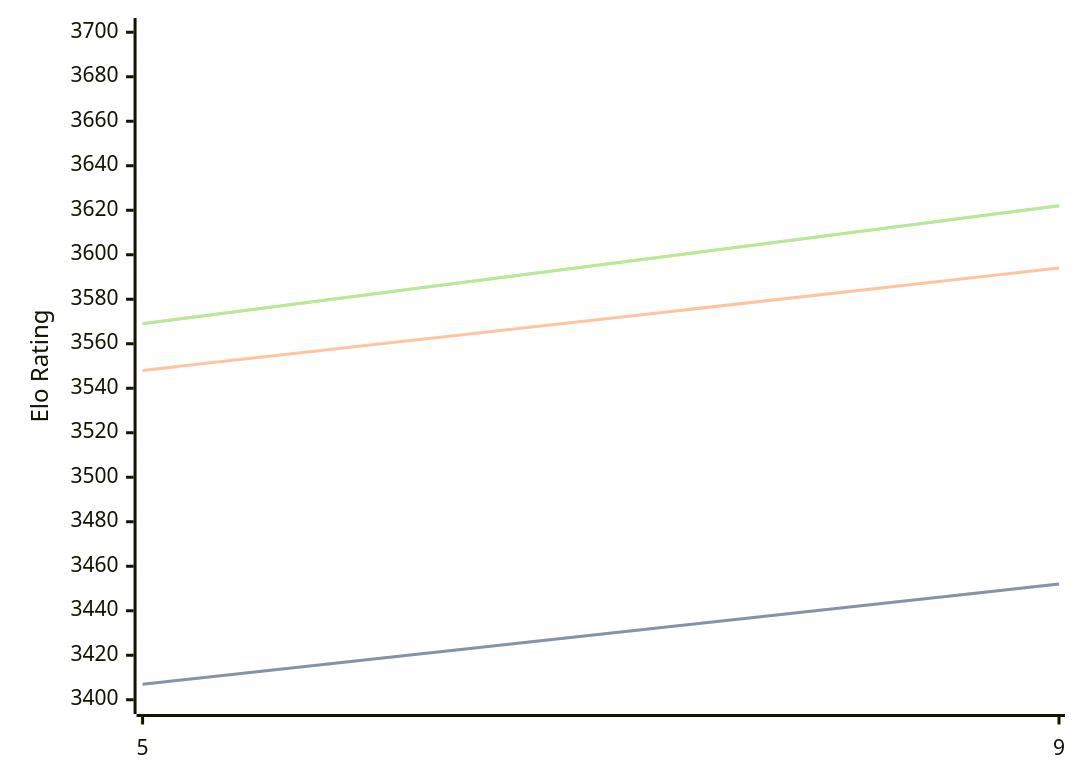
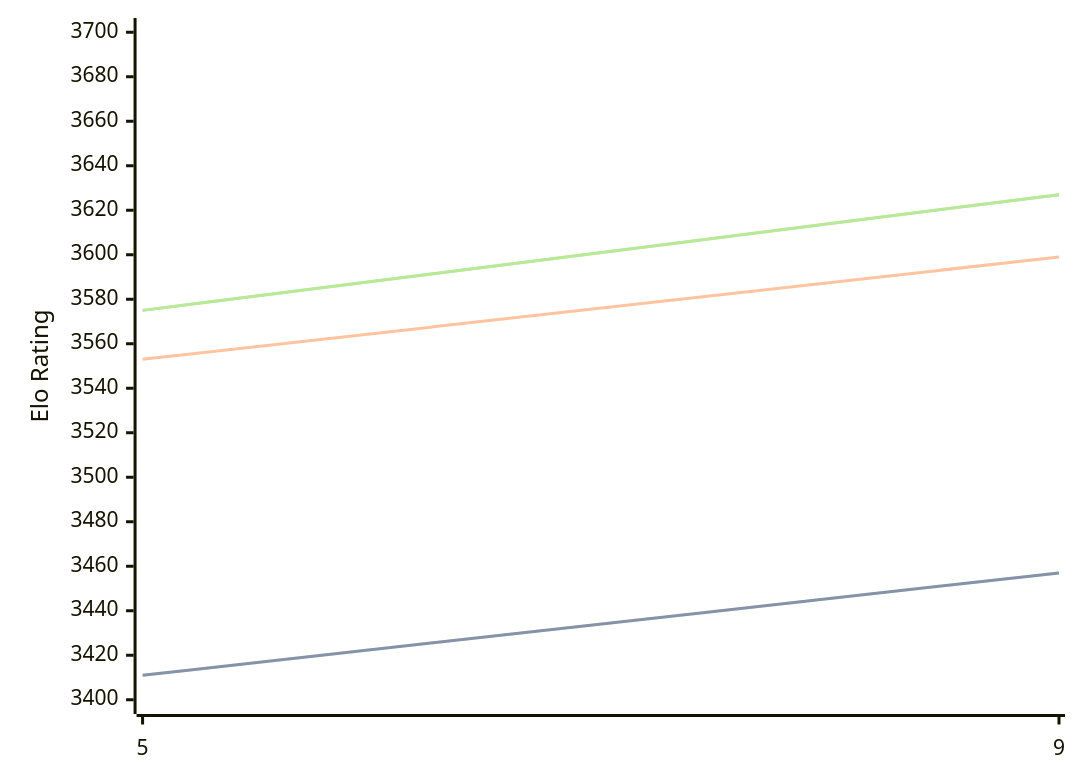
Before and after one commit to computer-chess-index/cci: the diagram in engines/Crystal.md, drawn with Mermaid. The commit also changed other lines of this file, not shown here.

Commit message:
Update CCI Ratings (ELO VLTC) - 2026-04-14

````diff
--- a/engines/Crystal.md
+++ b/engines/Crystal.md
@@ -60,11 +60,11 @@
 ```mermaid
 %%{init: {"theme":"base","themeVariables":{"seriesColors:['#a3a3a3','#222221','#faa371']}}}%%
 xychart-beta
   x-axis ["5", "9"]
   y-axis "Elo Rating" 3400 --> 3700
-  line "STC (8.0+0.08s)" [3407, 3452]
-  line "STC (8.0+0.08s)" [3407, 3452]
-  line "LTC (60.0+0.60s)" [3548, 3594]
-  line "VLTC (2m24s+1.12s)" [3569, 3622]
-  line "VLTC (2m24s+1.12s)" [3569, 3622]
+  line "STC (8.0+0.08s)" [3411, 3457]
+  line "STC (8.0+0.08s)" [3411, 3457]
+  line "LTC (60.0+0.60s)" [3553, 3599]
+  line "VLTC (2m24s+1.12s)" [3575, 3627]
+  line "VLTC (2m24s+1.12s)" [3575, 3627]
 ```
````
